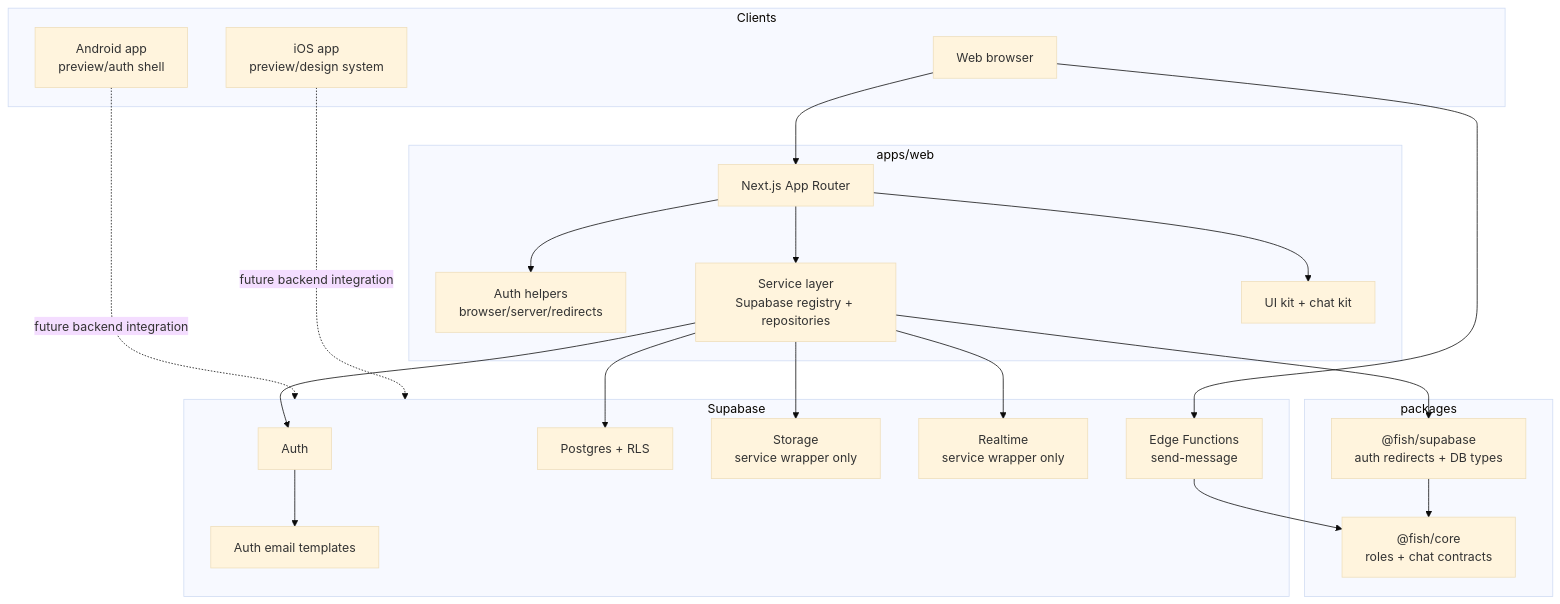
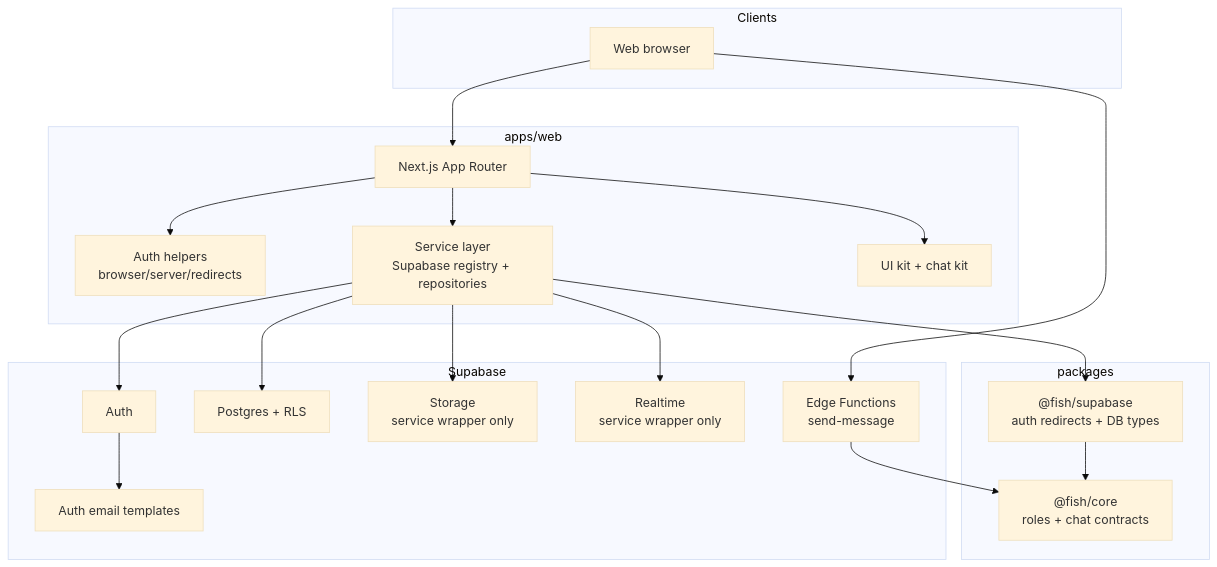
Before and after one commit to franzev/fish: the first of 5 diagrams in docs/ARCHITECTURE.md, drawn with Mermaid (base theme). The commit also changed other lines of this file and 17 other files, not shown here.

````diff
--- a/docs/ARCHITECTURE.md
+++ b/docs/ARCHITECTURE.md
@@ -33,45 +29,41 @@
 ```mermaid
 flowchart TB
   subgraph Clients
     Browser["Web browser"]
-    Android["Android app\npreview/auth shell"]
-    IOS["iOS app\npreview/design system"]
   end
 
   subgraph Web["apps/web"]
     AppRouter["Next.js App Router"]
     AuthHelpers["Auth helpers\nbrowser/server/redirects"]
     Services["Service layer\nSupabase registry + repositories"]
     UI["UI kit + chat kit"]
   end
 
   subgraph Shared["packages"]
     Core["@fish/core\nroles + chat contracts"]
     SupabasePkg["@fish/supabase\nauth redirects + DB types"]
   end
 
   subgraph Supabase["Supabase"]
     Auth["Auth"]
     DB["Postgres + RLS"]
     Storage["Storage\nservice wrapper only"]
     Realtime["Realtime\nservice wrapper only"]
     Edge["Edge Functions\nsend-message"]
     Email["Auth email templates"]
   end
 
   Browser --> AppRouter
   AppRouter --> AuthHelpers
   AppRouter --> Services
   AppRouter --> UI
   Services --> SupabasePkg
   SupabasePkg --> Core
   Edge --> Core
   Services --> Auth
   Services --> DB
   Services --> Storage
   Services --> Realtime
   Browser --> Edge
-  Android -.future backend integration.-> Supabase
-  IOS -.future backend integration.-> Supabase
   Auth --> Email
 ```
````
